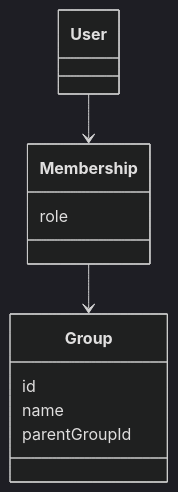
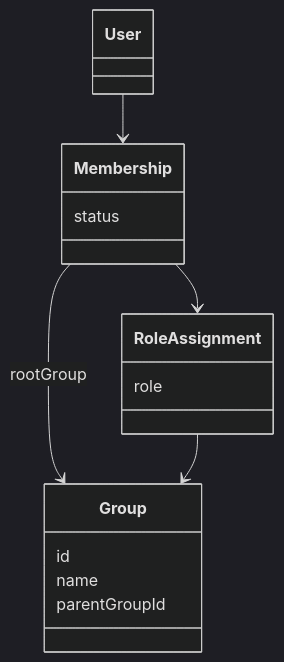
Before and after one commit to tomfraczek/capohub-server: the second of 3 diagrams in docs/architecture/PAD-001-community.md, drawn with Mermaid (dark theme). The commit also changed other lines of this file and 16 other files, not shown here.

````diff
--- a/docs/architecture/PAD-001-community.md
+++ b/docs/architecture/PAD-001-community.md
@@ -1944,18 +1880,24 @@
 ```mermaid
 classDiagram
 
 class Group {
     id
     name
     parentGroupId
 }
 
 class Membership {
+    status
+}
+
+class RoleAssignment {
     role
 }
 
 class User
 
 User --> Membership
-Membership --> Group
+Membership --> Group : rootGroup
+Membership --> RoleAssignment
+RoleAssignment --> Group
 ```
````
